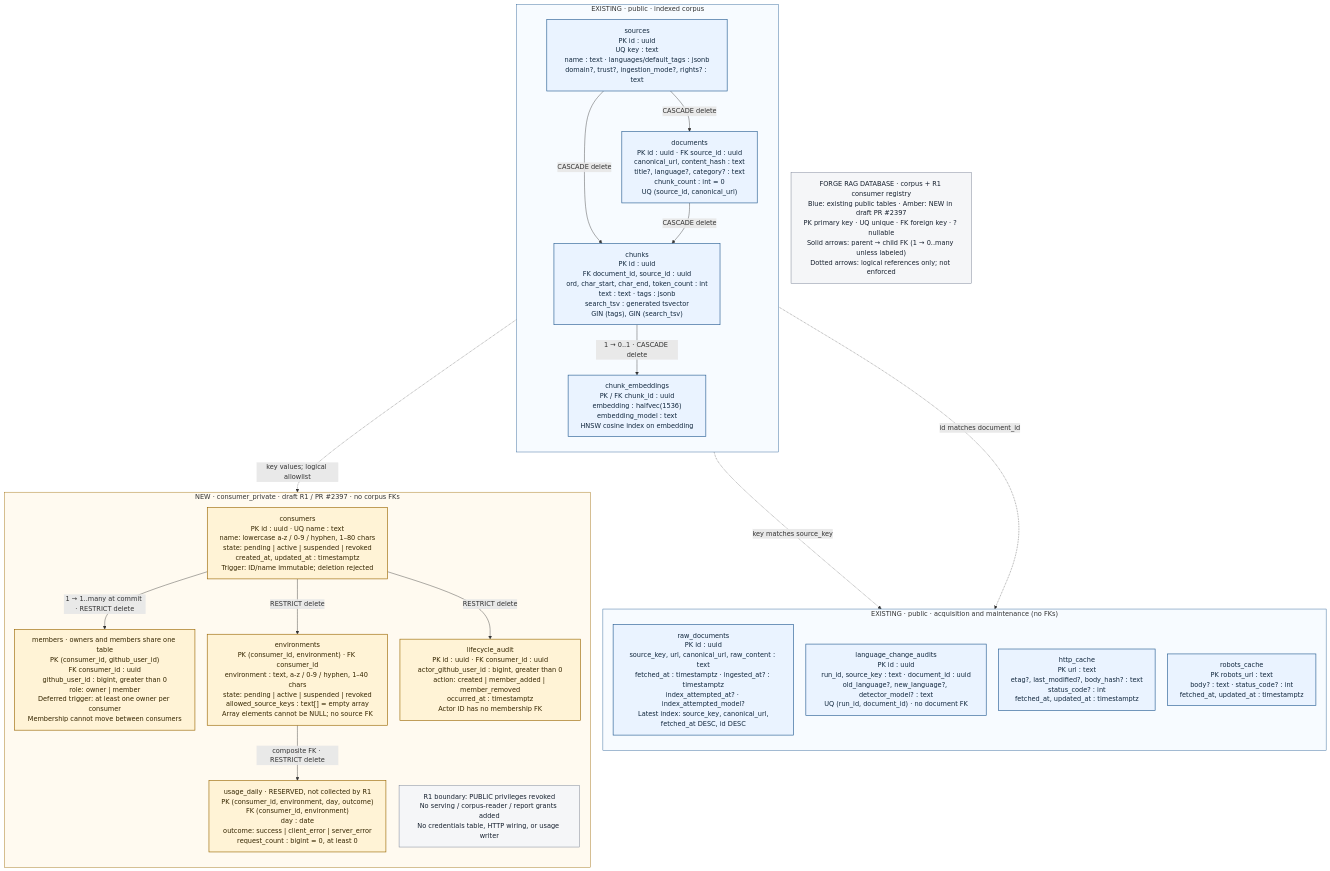
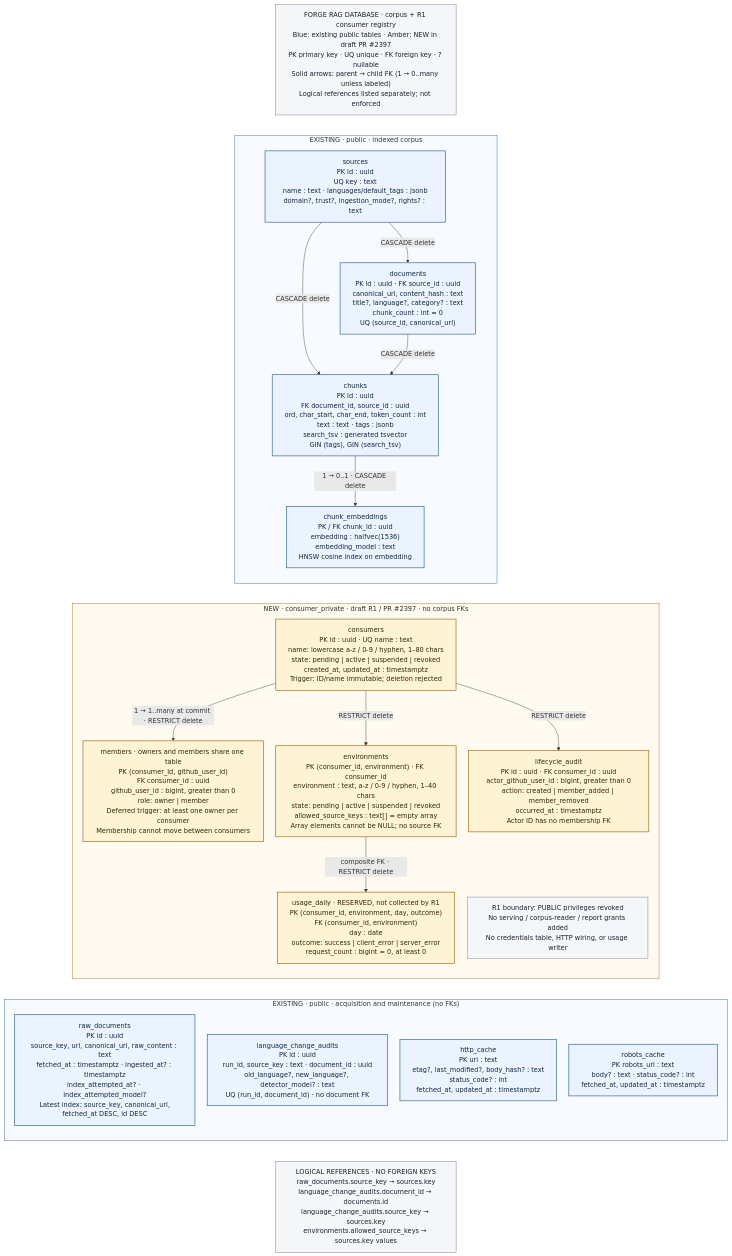
One commit to JesusFilm/forge changed the diagram in docs/diagrams/rag-database/schema.mmd. Above: the diagram before and after it, drawn with Mermaid. The commit also changed 5 other files, not shown here.

Commit message:
docs(rag): refine diagram layout and record shareable PR

```diff
--- a/docs/diagrams/rag-database/schema.mmd
+++ b/docs/diagrams/rag-database/schema.mmd
@@ -1,47 +1,49 @@
 %%{init: {"flowchart": {"wrappingWidth": 380, "nodeSpacing": 30, "rankSpacing": 50}, "themeVariables": {"fontSize": "16px"}}}%%
 %% Pinned sources and regeneration command: README.md
 flowchart TB
-  title["FORGE RAG DATABASE · corpus + R1 consumer registry<br/>Blue: existing public tables · Amber: NEW in draft PR #2397<br/>PK primary key · UQ unique · FK foreign key · ? nullable<br/>Solid arrows: parent → child FK (1 → 0..many unless labeled)<br/>Dotted arrows: logical references only; not enforced"]
+  title["FORGE RAG DATABASE · corpus + R1 consumer registry<br/>Blue: existing public tables · Amber: NEW in draft PR #2397<br/>PK primary key · UQ unique · FK foreign key · ? nullable<br/>Solid arrows: parent → child FK (1 → 0..many unless labeled)<br/>Logical references listed separately; not enforced"]
   subgraph corpus["EXISTING · public · indexed corpus"]
     direction TB
     sources["sources<br/>PK id : uuid<br/>UQ key : text<br/>name : text · languages/default_tags : jsonb<br/>domain?, trust?, ingestion_mode?, rights? : text"]
     documents["documents<br/>PK id : uuid · FK source_id : uuid<br/>canonical_url, content_hash : text<br/>title?, language?, category? : text<br/>chunk_count : int = 0<br/>UQ (source_id, canonical_url)"]
     chunks["chunks<br/>PK id : uuid<br/>FK document_id, source_id : uuid<br/>ord, char_start, char_end, token_count : int<br/>text : text · tags : jsonb<br/>search_tsv : generated tsvector<br/>GIN (tags), GIN (search_tsv)"]
     embeddings["chunk_embeddings<br/>PK / FK chunk_id : uuid<br/>embedding : halfvec(1536)<br/>embedding_model : text<br/>HNSW cosine index on embedding"]
     sources -->|"CASCADE delete"| documents
     sources -->|"CASCADE delete"| chunks
     documents -->|"CASCADE delete"| chunks
     chunks -->|"1 → 0..1 · CASCADE delete"| embeddings
   end
   subgraph acquisition["EXISTING · public · acquisition and maintenance (no FKs)"]
     direction TB
     raw["raw_documents<br/>PK id : uuid<br/>source_key, url, canonical_url, raw_content : text<br/>fetched_at : timestamptz · ingested_at? : timestamptz<br/>index_attempted_at? · index_attempted_model?<br/>Latest index: source_key, canonical_url,<br/>fetched_at DESC, id DESC"]
     audits["language_change_audits<br/>PK id : uuid<br/>run_id, source_key : text · document_id : uuid<br/>old_language?, new_language?, detector_model? : text<br/>UQ (run_id, document_id) · no document FK"]
     http["http_cache<br/>PK url : text<br/>etag?, last_modified?, body_hash? : text<br/>status_code? : int<br/>fetched_at, updated_at : timestamptz"]
     robots["robots_cache<br/>PK robots_url : text<br/>body? : text · status_code? : int<br/>fetched_at, updated_at : timestamptz"]
   end
   subgraph registry["NEW · consumer_private · draft R1 / PR #2397 · no corpus FKs"]
     direction TB
     consumers["consumers<br/>PK id : uuid · UQ name : text<br/>name: lowercase a-z / 0-9 / hyphen, 1–80 chars<br/>state: pending | active | suspended | revoked<br/>created_at, updated_at : timestamptz<br/>Trigger: ID/name immutable; deletion rejected"]
     members["members · owners and members share one table<br/>PK (consumer_id, github_user_id)<br/>FK consumer_id : uuid<br/>github_user_id : bigint, greater than 0<br/>role: owner | member<br/>Deferred trigger: at least one owner per consumer<br/>Membership cannot move between consumers"]
     envs["environments<br/>PK (consumer_id, environment) · FK consumer_id<br/>environment : text, a-z / 0-9 / hyphen, 1–40 chars<br/>state: pending | active | suspended | revoked<br/>allowed_source_keys : text[] = empty array<br/>Array elements cannot be NULL; no source FK"]
     usage["usage_daily · RESERVED, not collected by R1<br/>PK (consumer_id, environment, day, outcome)<br/>FK (consumer_id, environment)<br/>day : date<br/>outcome: success | client_error | server_error<br/>request_count : bigint = 0, at least 0"]
     lifecycle["lifecycle_audit<br/>PK id : uuid · FK consumer_id : uuid<br/>actor_github_user_id : bigint, greater than 0<br/>action: created | member_added | member_removed<br/>occurred_at : timestamptz<br/>Actor ID has no membership FK"]
     consumers -->|"1 → 1..many at commit · RESTRICT delete"| members
     consumers -->|"RESTRICT delete"| envs
     consumers -->|"RESTRICT delete"| lifecycle
     envs -->|"composite FK · RESTRICT delete"| usage
     privacy["R1 boundary: PUBLIC privileges revoked<br/>No serving / corpus-reader / report grants added<br/>No credentials table, HTTP wiring, or usage writer"]
   end
-  sources -.->|"key matches source_key"| raw
-  documents -.->|"id matches document_id"| audits
-  sources -.->|"key values; logical allowlist"| envs
+  logical["LOGICAL REFERENCES · NO FOREIGN KEYS<br/>raw_documents.source_key → sources.key<br/>language_change_audits.document_id → documents.id<br/>language_change_audits.source_key → sources.key<br/>environments.allowed_source_keys → sources.key values"]
   classDef existing fill:#eaf3ff,stroke:#245b91,color:#12283e,stroke-width:1.5px;
   classDef added fill:#fff3d6,stroke:#996600,color:#352600,stroke-width:1.5px;
   classDef note fill:#f5f6f8,stroke:#667085,color:#17212f;
   class sources,documents,chunks,embeddings,raw,audits,http,robots existing;
   class consumers,members,envs,usage,lifecycle added;
-  class title,privacy note;
+  class title,privacy,logical note;
   style corpus fill:#f7fbff,stroke:#245b91
   style acquisition fill:#f7fbff,stroke:#245b91
   style registry fill:#fffaf0,stroke:#996600
+  title ~~~ corpus
+  corpus ~~~ registry
+  registry ~~~ acquisition
+  acquisition ~~~ logical
```
